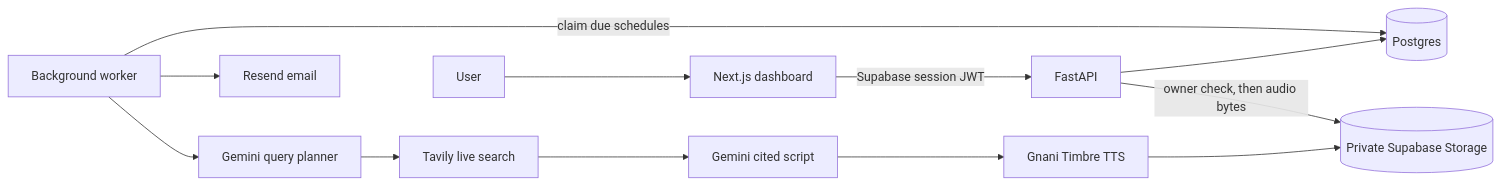
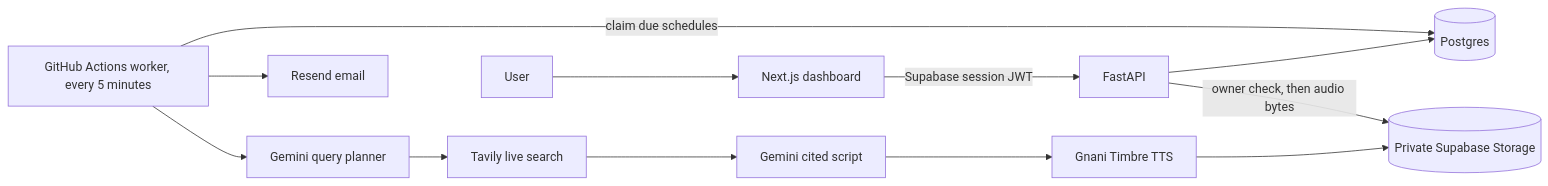
The diagram in README.md (depikaguptaa/gnani-daily-briefing), drawn with Mermaid before and after one commit. The commit also changed other lines of this file and 3 other files, not shown here.

````diff
--- a/README.md
+++ b/README.md
@@ -7,14 +7,14 @@
 ```mermaid
 flowchart LR
     U[User] --> W[Next.js dashboard]
     W -->|Supabase session JWT| A[FastAPI]
     A --> D[(Postgres)]
-    Q[Background worker] -->|claim due schedules| D
+    Q[GitHub Actions worker, every 5 minutes] -->|claim due schedules| D
     Q --> P[Gemini query planner]
     P --> T[Tavily live search]
     T --> G[Gemini cited script]
     G --> N[Gnani Timbre TTS]
     N --> S[(Private Supabase Storage)]
     Q --> R[Resend email]
     A -->|owner check, then audio bytes| S
 ```
````
